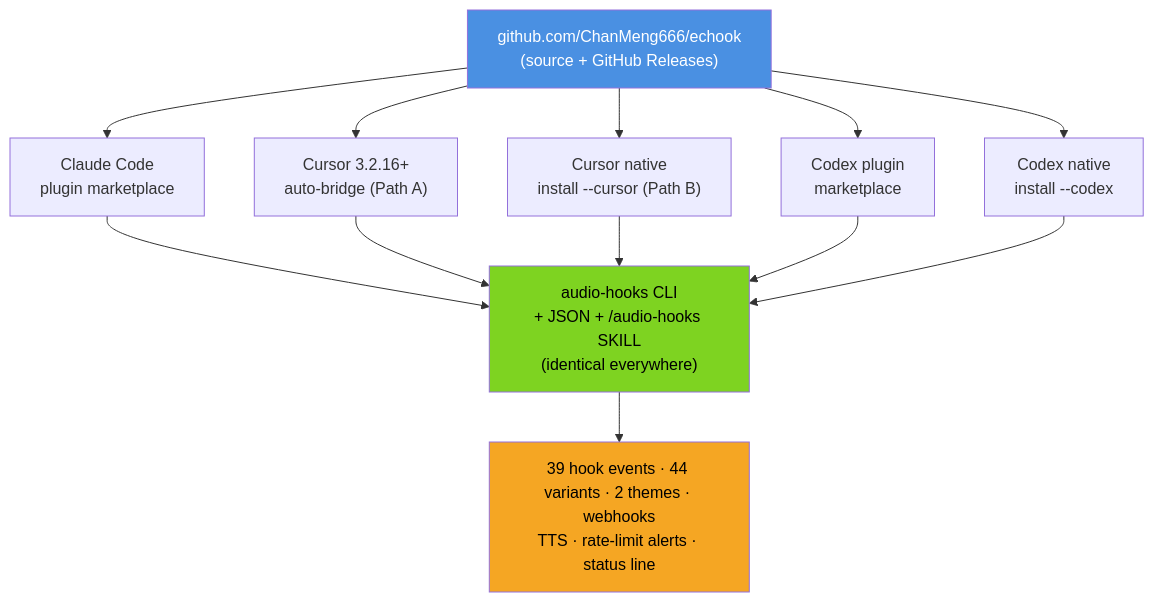
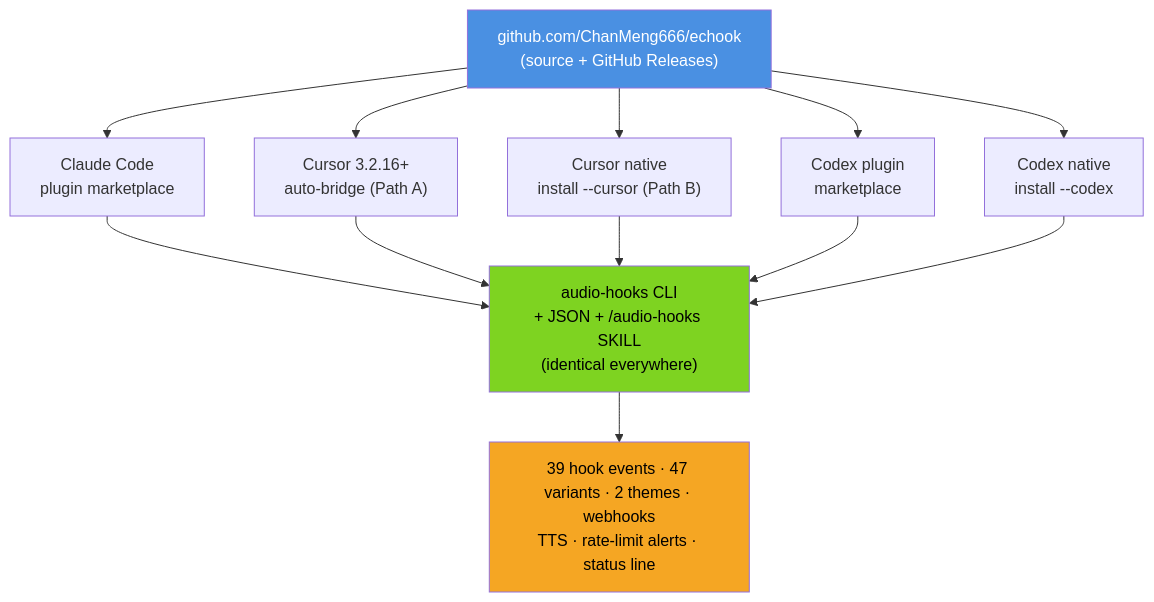
The first of 3 diagrams in README.md (ChanMeng666/echook), drawn with Mermaid before and after one commit. The commit also changed other lines of this file and 92 other files, not shown here.

````diff
--- a/README.md
+++ b/README.md
@@ -193,22 +196,22 @@
 ```mermaid
 flowchart TB
     REPO["github.com/ChanMeng666/echook<br/>(source + GitHub Releases)"]
 
     REPO --> CCP["Claude Code<br/>plugin marketplace"]
     REPO --> CURB["Cursor 3.2.16+<br/>auto-bridge (Path A)"]
     REPO --> CURN["Cursor native<br/>install --cursor (Path B)"]
     REPO --> CXP["Codex plugin<br/>marketplace"]
     REPO --> CXN["Codex native<br/>install --codex"]
 
     CCP --> CLI["audio-hooks CLI<br/>+ JSON + /audio-hooks SKILL<br/>(identical everywhere)"]
     CURB --> CLI
     CURN --> CLI
     CXP --> CLI
     CXN --> CLI
 
-    CLI --> OUT["39 hook events · 44 variants · 2 themes · webhooks<br/>TTS · rate-limit alerts · status line"]
+    CLI --> OUT["39 hook events · 47 variants · 2 themes · webhooks<br/>TTS · rate-limit alerts · status line"]
 
     style REPO fill:#4A90E2,color:#fff
     style CLI fill:#7ED321,color:#000
     style OUT fill:#F5A623,color:#000
 ```
````
